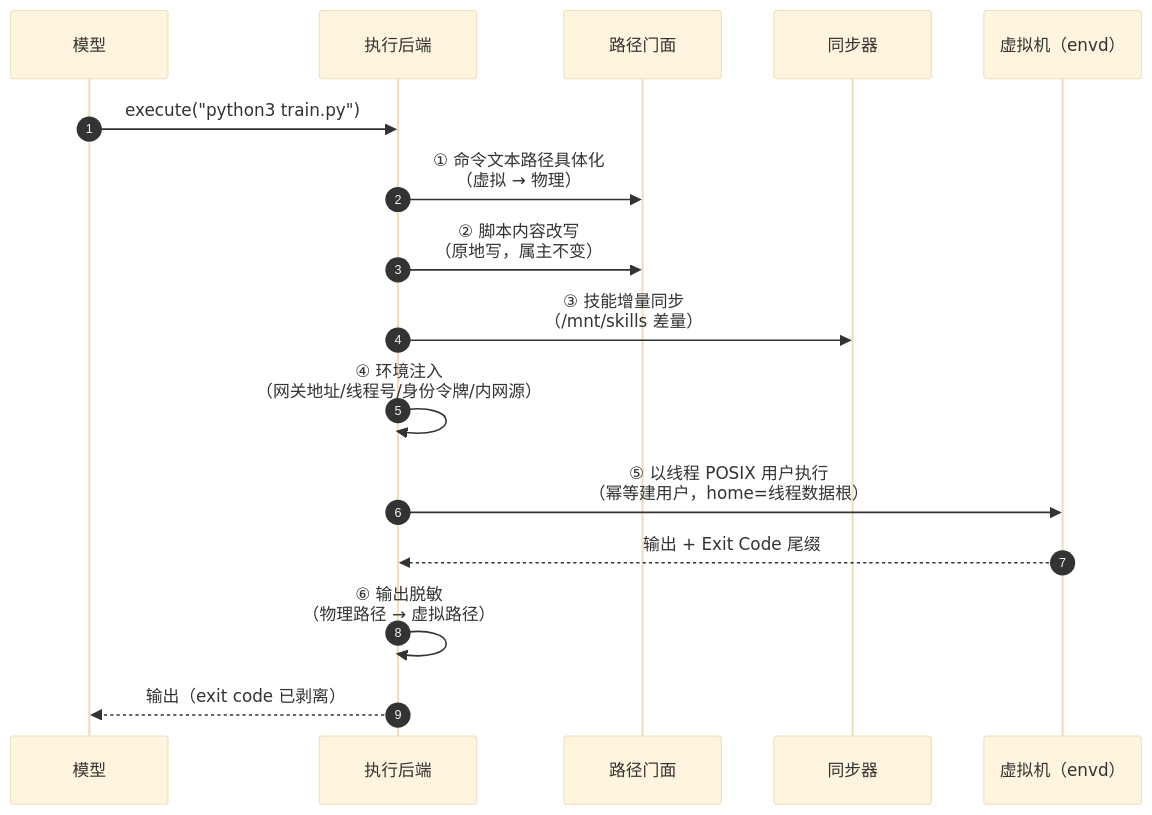
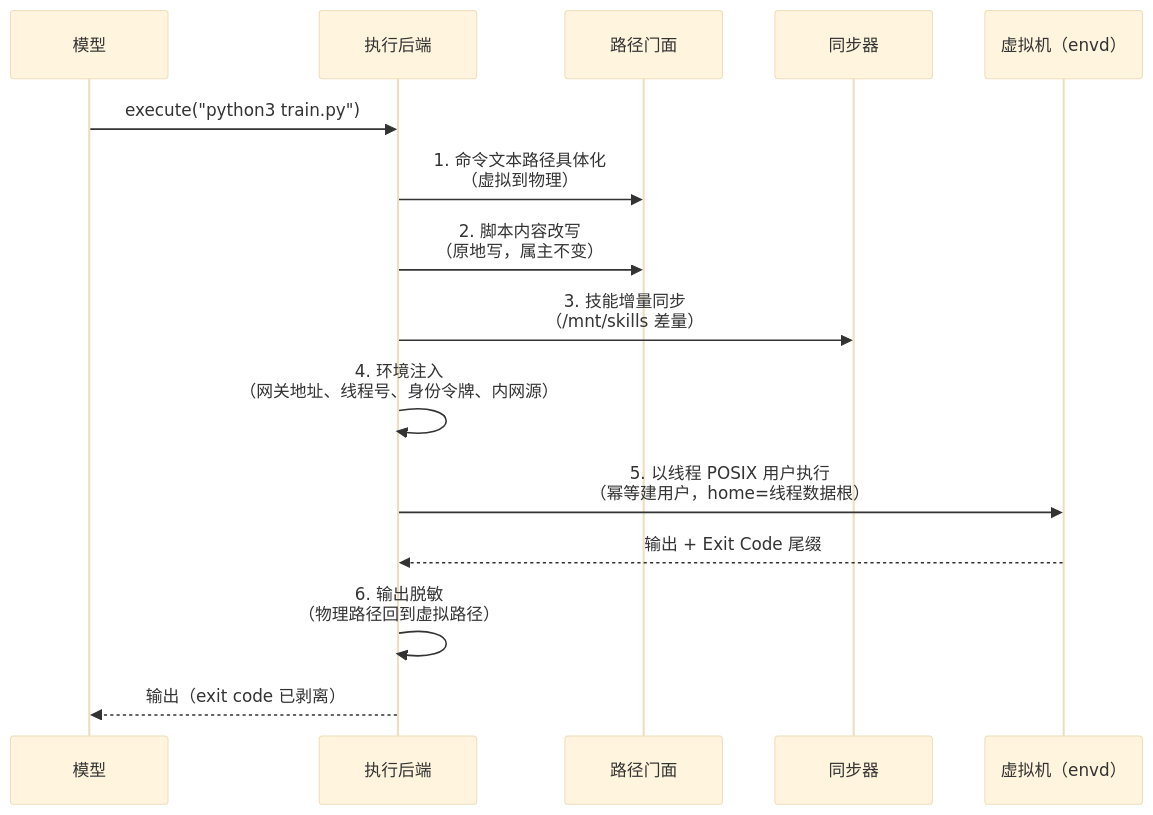
Before and after one commit to xunberg/xunberg.github.io: the fourth of 4 diagrams in draft/agent_harness/04-sandbox-contracts.md, drawn with Mermaid (base theme). The commit also changed other lines of this file and 19 other files, not shown here.

````diff
--- a/draft/agent_harness/04-sandbox-contracts.md
+++ b/draft/agent_harness/04-sandbox-contracts.md
@@ -146,18 +145,17 @@
 ```mermaid
 sequenceDiagram
-    autonumber
     participant M as 模型
     participant B as 执行后端
     participant P as 路径门面
     participant S as 同步器
     participant VM as 虚拟机（envd）
     M->>B: execute("python3 train.py")
-    B->>P: ① 命令文本路径具体化<br/>（虚拟 → 物理）
-    B->>P: ② 脚本内容改写<br/>（原地写，属主不变）
-    B->>S: ③ 技能增量同步<br/>（/mnt/skills 差量）
-    B->>B: ④ 环境注入<br/>（网关地址/线程号/身份令牌/内网源）
-    B->>VM: ⑤ 以线程 POSIX 用户执行<br/>（幂等建用户，home=线程数据根）
+    B->>P: 1. 命令文本路径具体化<br/>（虚拟到物理）
+    B->>P: 2. 脚本内容改写<br/>（原地写，属主不变）
+    B->>S: 3. 技能增量同步<br/>（/mnt/skills 差量）
+    B->>B: 4. 环境注入<br/>（网关地址、线程号、身份令牌、内网源）
+    B->>VM: 5. 以线程 POSIX 用户执行<br/>（幂等建用户，home=线程数据根）
     VM-->>B: 输出 + Exit Code 尾缀
-    B->>B: ⑥ 输出脱敏<br/>（物理路径 → 虚拟路径）
+    B->>B: 6. 输出脱敏<br/>（物理路径回到虚拟路径）
     B-->>M: 输出（exit code 已剥离）
 ```
````
